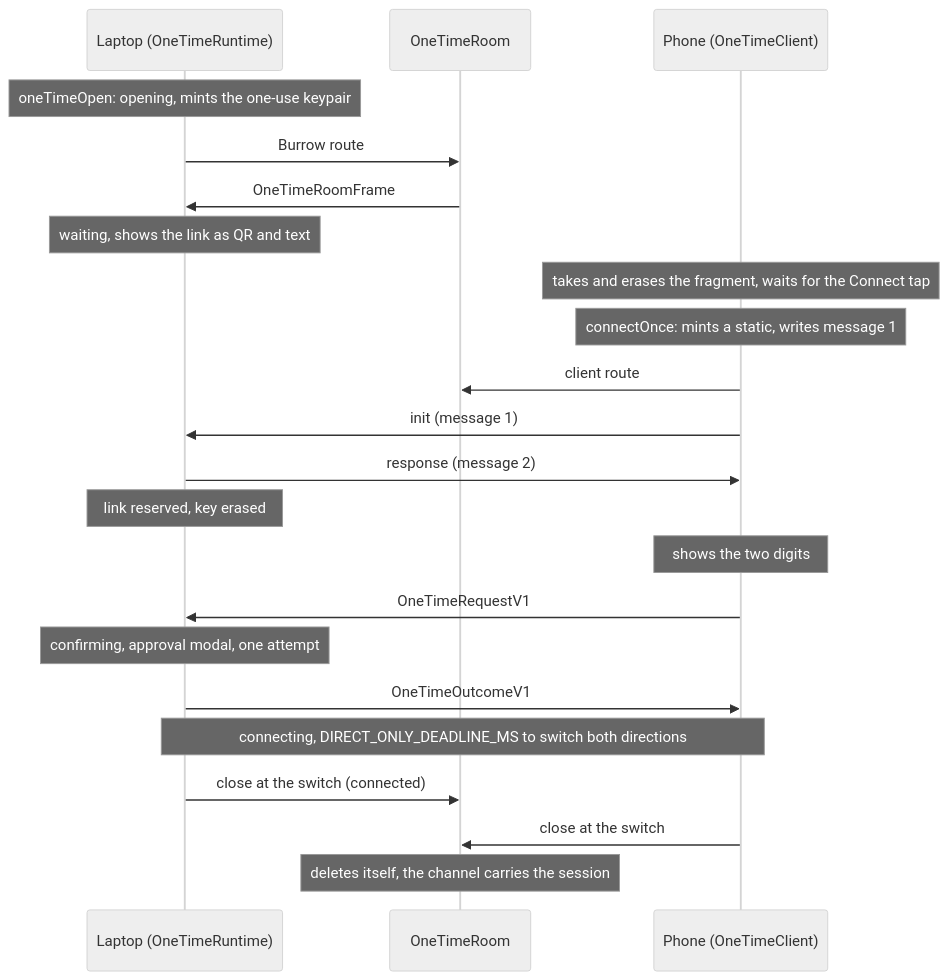
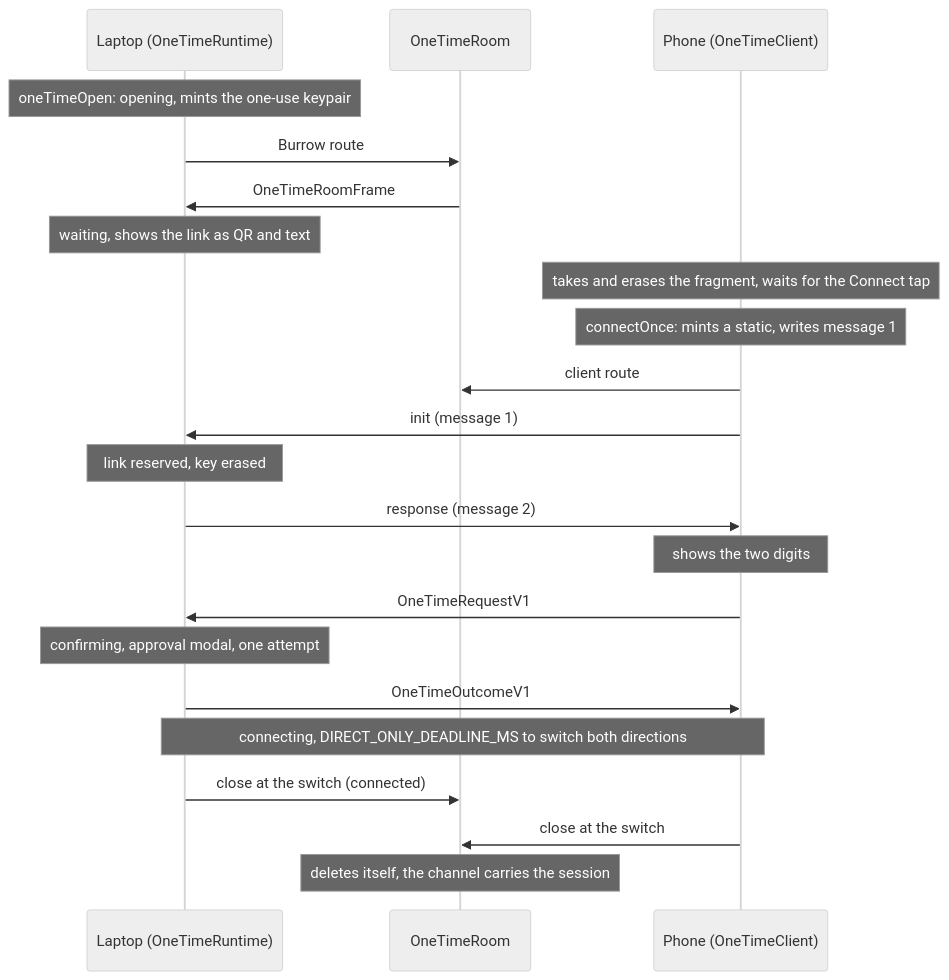
Before and after one commit to diffplug/dormouse: the diagram in docs/specs/one-time.md, drawn with Mermaid (neutral theme). The commit also changed other lines of this file and 4 other files, not shown here.

First line of the commit message:
Fix four diagram labels from review; drop semicolons from Mermaid labels

````diff
--- a/docs/specs/one-time.md
+++ b/docs/specs/one-time.md
@@ -12,24 +12,24 @@
 ```mermaid
 sequenceDiagram
   participant L as Laptop (OneTimeRuntime)
   participant H as OneTimeRoom
   participant P as Phone (OneTimeClient)
   Note over L: oneTimeOpen: opening, mints the one-use keypair
   L->>H: Burrow route
   H->>L: OneTimeRoomFrame
   Note over L: waiting, shows the link as QR and text
   Note over P: takes and erases the fragment, waits for the Connect tap
   Note over P: connectOnce: mints a static, writes message 1
   P->>H: client route
   P->>L: init (message 1)
+  Note over L: link reserved, key erased
   L->>P: response (message 2)
-  Note over L: link reserved, key erased
   Note over P: shows the two digits
   P->>L: OneTimeRequestV1
   Note over L: confirming, approval modal, one attempt
   L->>P: OneTimeOutcomeV1
   Note over L,P: connecting, DIRECT_ONLY_DEADLINE_MS to switch both directions
   L->>H: close at the switch (connected)
   P->>H: close at the switch
   Note over H: deletes itself, the channel carries the session
 ```
````
